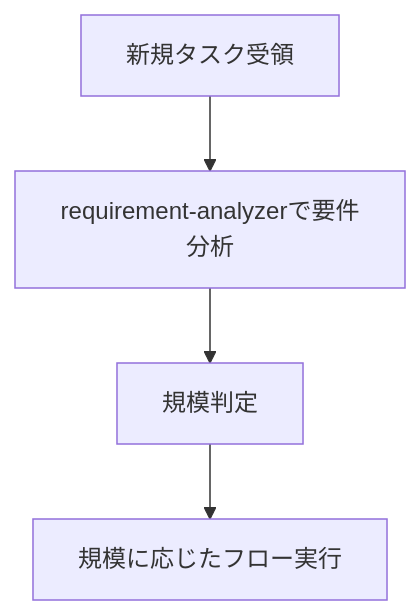
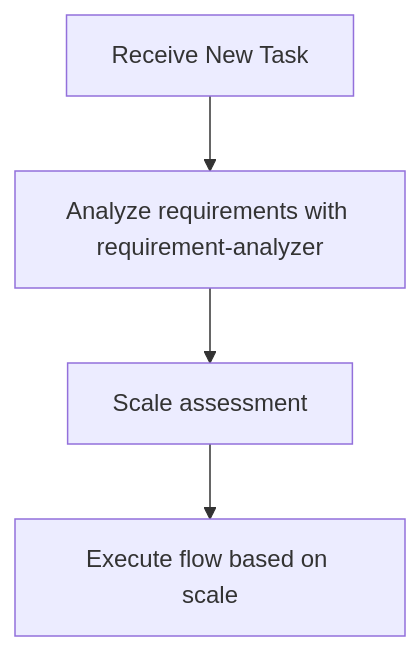
One commit to runkids/claude-skill-registry changed the first of 2 diagrams in skills/data/subagents-orchestration-guide/SKILL.md. Above: the diagram before and after it, drawn with Mermaid. The commit also changed other lines of this file and 17016 other files, not shown here.

````diff
--- a/skills/data/subagents-orchestration-guide/SKILL.md
+++ b/skills/data/subagents-orchestration-guide/SKILL.md
@@ -30,6 +29,6 @@
 ```mermaid
 graph TD
-    Start[新規タスク受領] --> RA[requirement-analyzerで要件分析]
-    RA --> Scale[規模判定]
-    Scale --> Flow[規模に応じたフロー実行]
+    Start[Receive New Task] --> RA[Analyze requirements with requirement-analyzer]
+    RA --> Scale[Scale assessment]
+    Scale --> Flow[Execute flow based on scale]
 ```
````
